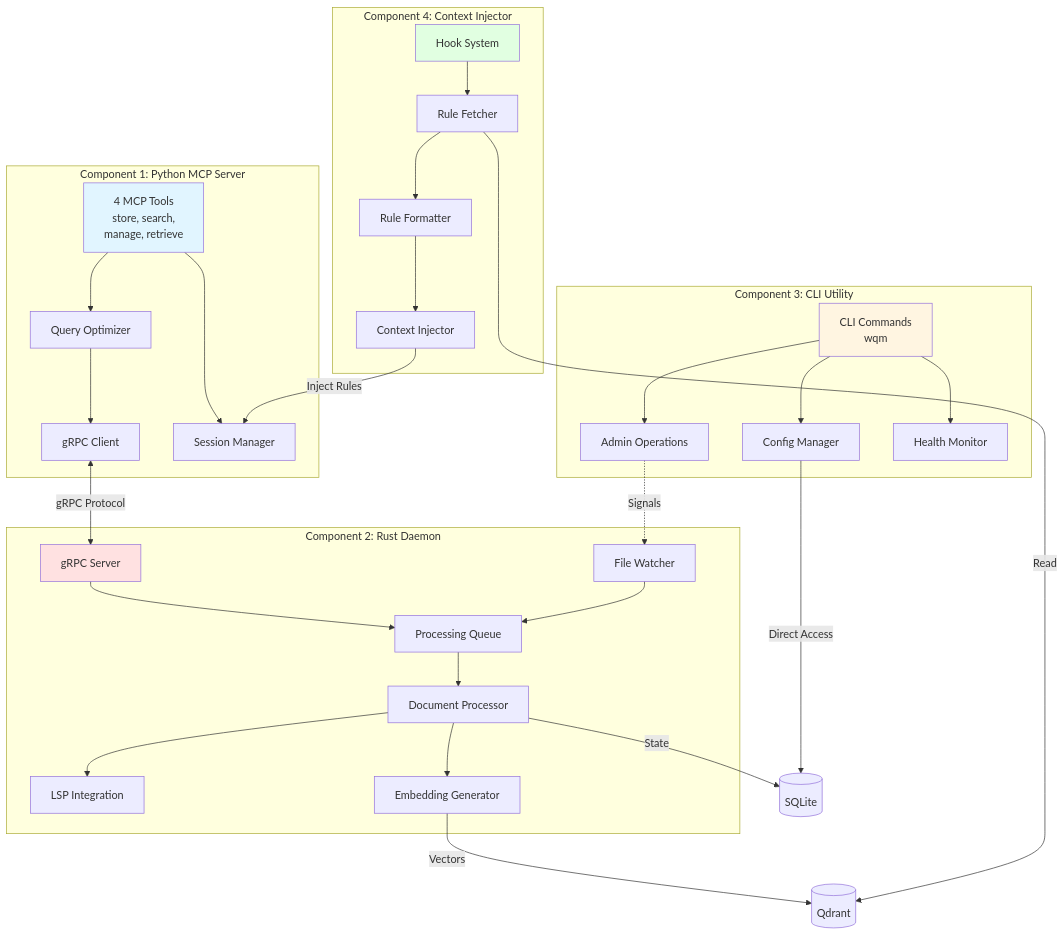
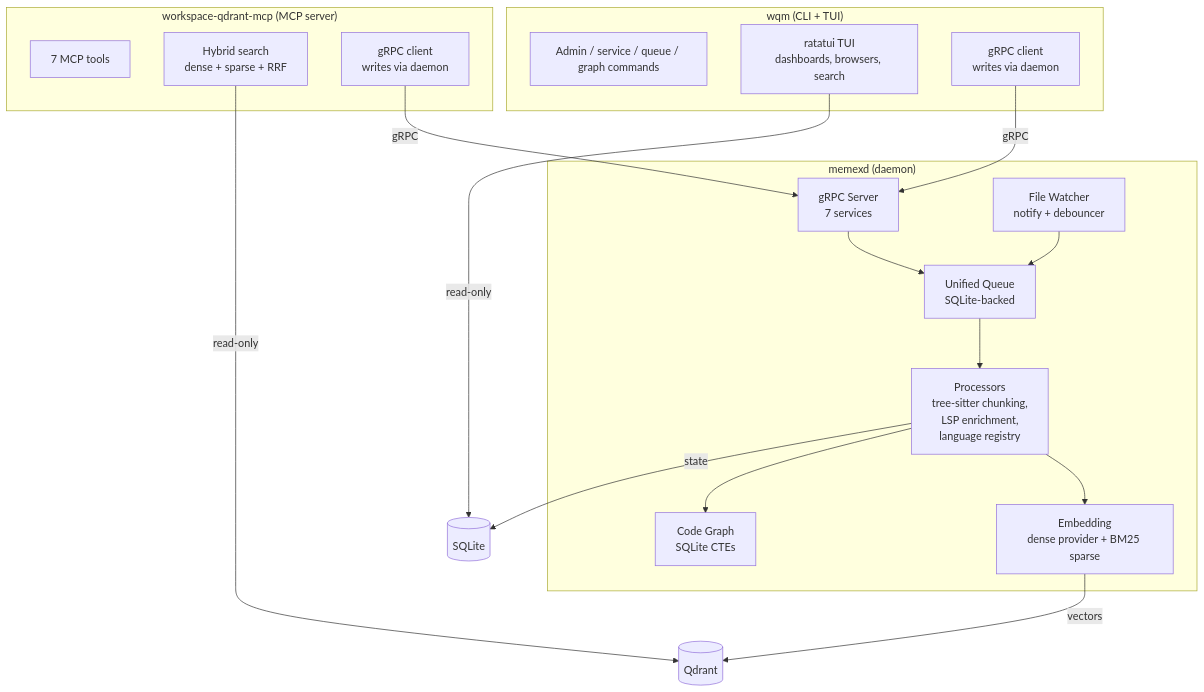
One commit to ChrisGVE/workspace-qdrant-mcp changed the second of 5 diagrams in docs/ARCHITECTURE.md. Above: the diagram before and after it, drawn with Mermaid. The commit also changed other lines of this file, not shown here.

First line of the commit message:
docs: rewrite ARCHITECTURE.md for the all-Rust architecture

````diff
--- a/docs/ARCHITECTURE.md
+++ b/docs/ARCHITECTURE.md
@@ -76,64 +72,36 @@
 ```mermaid
 graph TB
-    subgraph "Component 1: Python MCP Server"
-        MCP_Tools[4 MCP Tools<br/>store, search,<br/>manage, retrieve]
-        MCP_gRPC[gRPC Client]
-        MCP_Session[Session Manager]
-        MCP_Query[Query Optimizer]
-
-        MCP_Tools --> MCP_Query
-        MCP_Query --> MCP_gRPC
-        MCP_Tools --> MCP_Session
-    end
-
-    subgraph "Component 2: Rust Daemon"
-        D_gRPC[gRPC Server]
-        D_Watch[File Watcher]
-        D_LSP[LSP Integration]
-        D_Process[Document Processor]
-        D_Embed[Embedding Generator]
-        D_Queue[Processing Queue]
+    subgraph "memexd (daemon)"
+        D_gRPC[gRPC Server<br/>7 services]
+        D_Watch[File Watcher<br/>notify + debouncer]
+        D_Queue[Unified Queue<br/>SQLite-backed]
+        D_Proc[Processors<br/>tree-sitter chunking,<br/>LSP enrichment,<br/>language registry]
+        D_Embed[Embedding<br/>dense provider + BM25 sparse]
+        D_Graph[Code Graph<br/>SQLite CTEs]
 
         D_gRPC --> D_Queue
         D_Watch --> D_Queue
-        D_Queue --> D_Process
-        D_Process --> D_LSP
-        D_Process --> D_Embed
+        D_Queue --> D_Proc
+        D_Proc --> D_Embed
+        D_Proc --> D_Graph
     end
 
-    subgraph "Component 3: CLI Utility"
-        CLI_Commands[CLI Commands<br/>wqm]
-        CLI_Admin[Admin Operations]
-        CLI_Config[Config Manager]
-        CLI_Monitor[Health Monitor]
-
-        CLI_Commands --> CLI_Admin
-        CLI_Commands --> CLI_Config
-        CLI_Commands --> CLI_Monitor
+    subgraph "workspace-qdrant-mcp (MCP server)"
+        M_Tools[7 MCP tools]
+        M_Search[Hybrid search<br/>dense + sparse + RRF]
+        M_Client[gRPC client<br/>writes via daemon]
     end
 
-    subgraph "Component 4: Context Injector"
-        CI_Hooks[Hook System]
-        CI_Rules[Rule Fetcher]
-        CI_Format[Rule Formatter]
-        CI_Inject[Context Injector]
-
-        CI_Hooks --> CI_Rules
-        CI_Rules --> CI_Format
-        CI_Format --> CI_Inject
+    subgraph "wqm (CLI + TUI)"
+        C_Admin[Admin / service / queue / graph commands]
+        C_TUI[ratatui TUI<br/>dashboards, browsers, search]
+        C_Client[gRPC client<br/>writes via daemon]
     end
 
-    MCP_gRPC <-->|gRPC Protocol| D_gRPC
-    CLI_Admin -.->|Signals| D_Watch
-    CI_Inject -->|Inject Rules| MCP_Session
-
-    D_Embed -->|Vectors| Qdrant[(Qdrant)]
-    D_Process -->|State| SQLite[(SQLite)]
-    CLI_Config -->|Direct Access| SQLite
-    CI_Rules -->|Read| Qdrant
-
-    style MCP_Tools fill:#e1f5ff
-    style D_gRPC fill:#ffe1e1
-    style CLI_Commands fill:#fff5e1
-    style CI_Hooks fill:#e1ffe1
+    D_Embed -->|vectors| Qdrant[(Qdrant)]
+    D_Proc -->|state| SQLite[(SQLite)]
+    M_Search -->|read-only| Qdrant
+    M_Client -->|gRPC| D_gRPC
+    C_Client -->|gRPC| D_gRPC
+    C_TUI -->|read-only| SQLite
 ```
````
